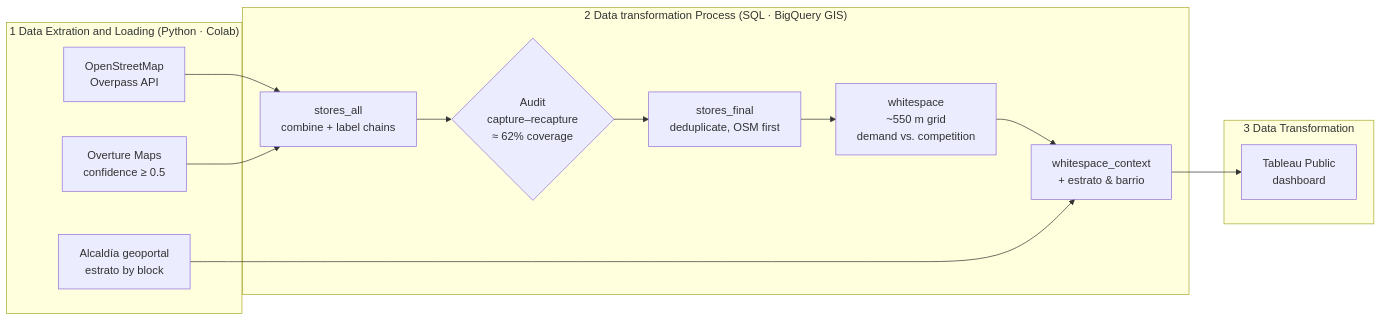
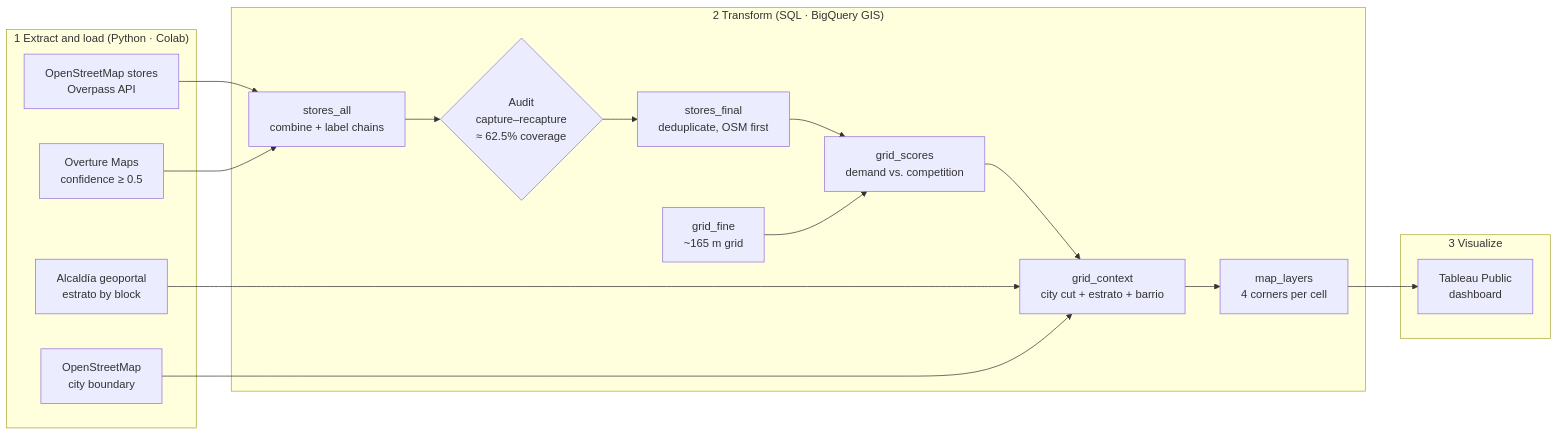
The diagram in README.md (cesararraut/Barranquilla-Discount-Grocery-Analysis), drawn with Mermaid before and after one commit. The commit also changed other lines of this file, not shown here.

````diff
--- a/README.md
+++ b/README.md
@@ -60,26 +60,31 @@
 ```mermaid
 flowchart LR
-    subgraph S["1 Data Extration and Loading (Python · Colab)"]
-        A["OpenStreetMap<br/>Overpass API"]
+    subgraph S["1 Extract and load (Python · Colab)"]
+        A["OpenStreetMap stores<br/>Overpass API"]
         B["Overture Maps<br/>confidence ≥ 0.5"]
         C["Alcaldía geoportal<br/>estrato by block"]
+        K["OpenStreetMap<br/>city boundary"]
     end
-
-    subgraph Q["2 Data transformation Process (SQL · BigQuery GIS)"]
+ 
+    subgraph Q["2 Transform (SQL · BigQuery GIS)"]
         D["stores_all<br/>combine + label chains"]
-        E{"Audit<br/>capture–recapture<br/>≈ 62% coverage"}
+        E{"Audit<br/>capture–recapture<br/>≈ 62.5% coverage"}
         F["stores_final<br/>deduplicate, OSM first"]
-        G["whitespace<br/>~550 m grid<br/>demand vs. competition"]
-        H["whitespace_context<br/>+ estrato & barrio"]
+        G["grid_fine<br/>~165 m grid"]
+        H["grid_scores<br/>demand vs. competition"]
+        J["grid_context<br/>city cut + estrato + barrio"]
+        L["map_layers<br/>4 corners per cell"]
     end
-
-    subgraph V["3 Data Transformation"]
+ 
+    subgraph V["3 Visualize"]
         I["Tableau Public<br/>dashboard"]
     end
-
+ 
     A --> D
     B --> D
-    D --> E --> F --> G --> H
-    C --> H
-    H --> I 
+    D --> E --> F --> H
+    G --> H --> J
+    C --> J
+    K --> J
+    J --> L --> I
 ```
````
